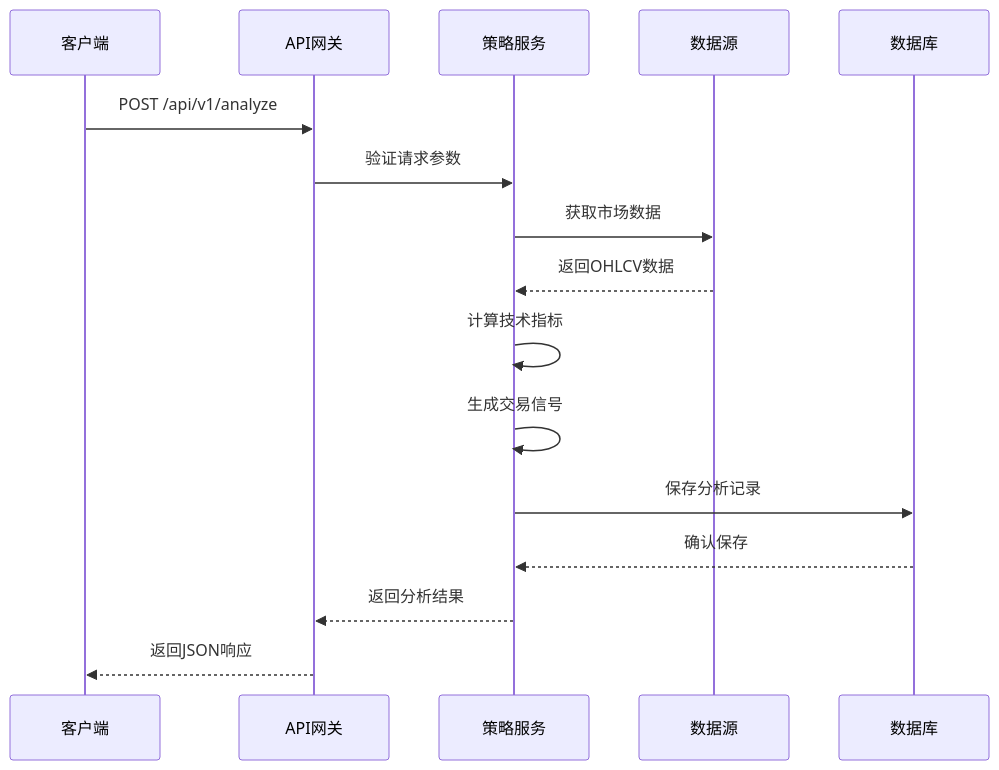
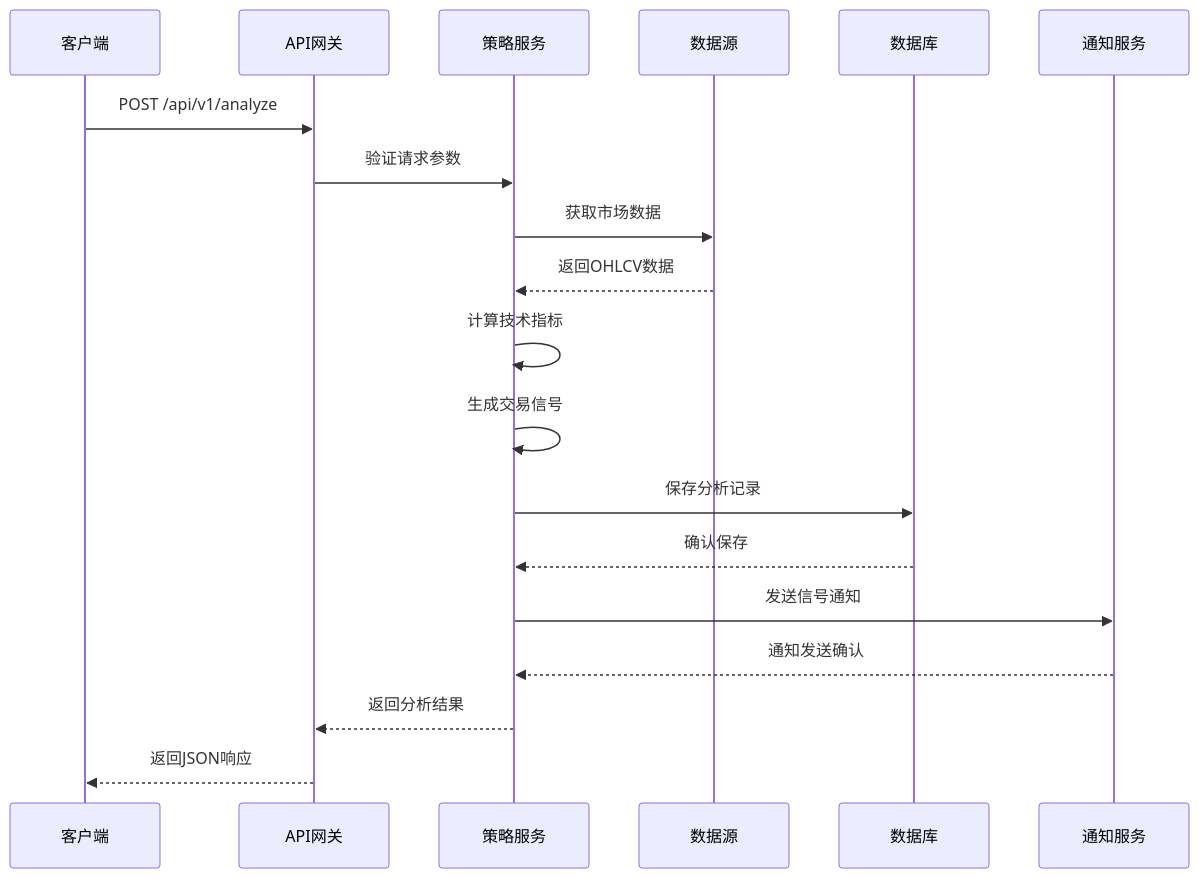
Before and after one commit to raymodny-ai/The-Modern-Turtle-Protocol: the second of 8 diagrams in .qoder/repowiki/zh/content/API接口文档.md, drawn with Mermaid. The commit also changed other lines of this file and 15 other files, not shown here.

````diff
--- a/.qoder/repowiki/zh/content/API接口文档.md
+++ b/.qoder/repowiki/zh/content/API接口文档.md
@@ -216,18 +230,21 @@
 ```mermaid
 sequenceDiagram
 participant Client as 客户端
 participant API as API网关
-participant Service as 策略服务
+participant Strategy as 策略服务
 participant Data as 数据源
 participant DB as 数据库
+participant Notification as 通知服务
 Client->>API : POST /api/v1/analyze
-API->>Service : 验证请求参数
-Service->>Data : 获取市场数据
-Data-->>Service : 返回OHLCV数据
-Service->>Service : 计算技术指标
-Service->>Service : 生成交易信号
-Service->>DB : 保存分析记录
-DB-->>Service : 确认保存
-Service-->>API : 返回分析结果
+API->>Strategy : 验证请求参数
+Strategy->>Data : 获取市场数据
+Data-->>Strategy : 返回OHLCV数据
+Strategy->>Strategy : 计算技术指标
+Strategy->>Strategy : 生成交易信号
+Strategy->>DB : 保存分析记录
+DB-->>Strategy : 确认保存
+Strategy->>Notification : 发送信号通知
+Notification-->>Strategy : 通知发送确认
+Strategy-->>API : 返回分析结果
 API-->>Client : 返回JSON响应
 ```
````
